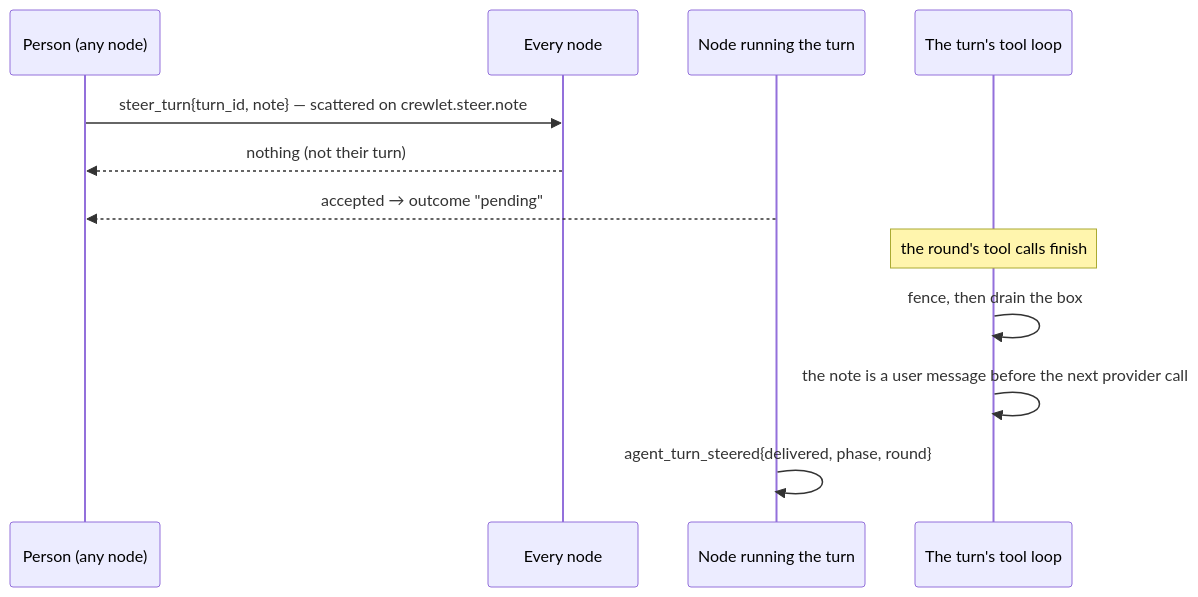
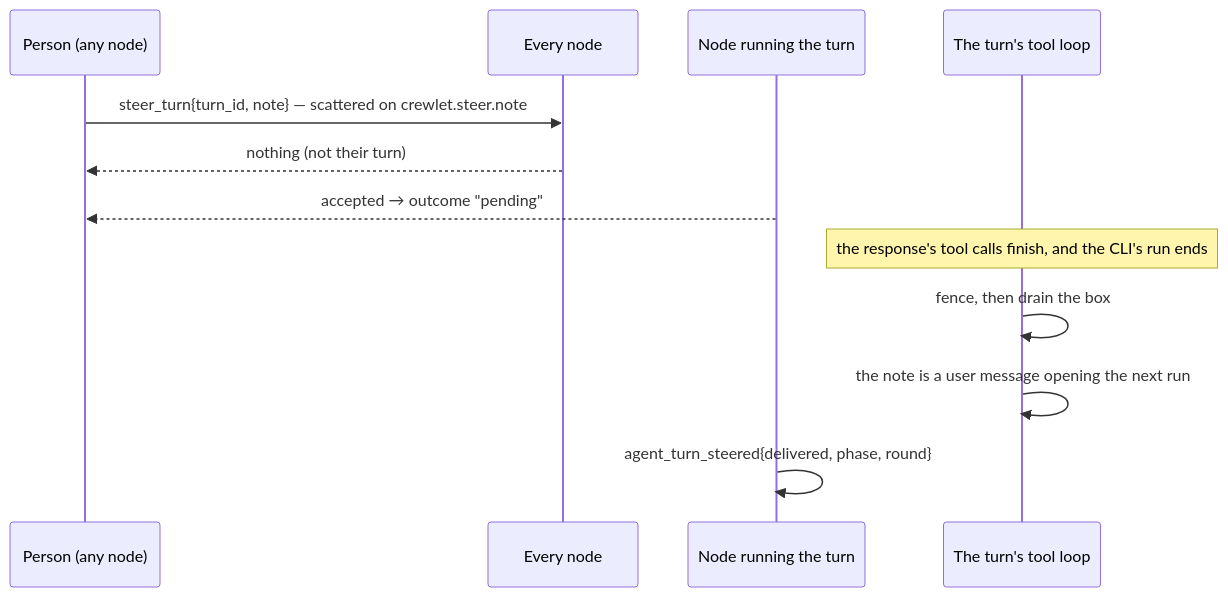
The second of 2 diagrams in docs/concepts/turn-engine.md (crewlet/crewlet), drawn with Mermaid before and after one commit. The commit also changed other lines of this file and 6 other files, not shown here.

First line of the commit message:
docs(steer): say a note and a stop land between a run's tool calls

````diff
--- a/docs/concepts/turn-engine.md
+++ b/docs/concepts/turn-engine.md
@@ -726,14 +728,14 @@
 ```mermaid
 sequenceDiagram
     participant P as Person (any node)
     participant F as Every node
     participant N as Node running the turn
     participant L as The turn's tool loop
     P->>F: steer_turn{turn_id, note} — scattered on crewlet.steer.note
     F-->>P: nothing (not their turn)
     N-->>P: accepted → outcome "pending"
-    Note over L: the round's tool calls finish
+    Note over L: the response's tool calls finish, and the CLI's run ends
     L->>L: fence, then drain the box
-    L->>L: the note is a user message before the next provider call
+    L->>L: the note is a user message opening the next run
     N->>N: agent_turn_steered{delivered, phase, round}
 ```
````
